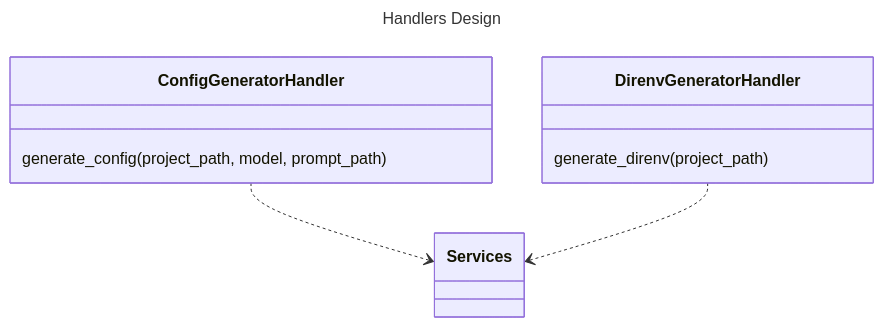
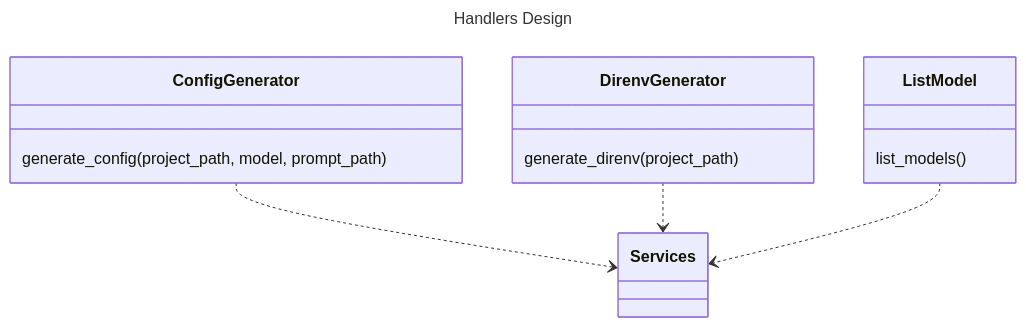
The diagram in docs/assets/src/handlers_design.mmd (Oldranda1414/AutoDev), drawn with Mermaid before and after one commit. The commit also changed 1 other file, not shown here.

```diff
--- a/docs/assets/src/handlers_design.mmd
+++ b/docs/assets/src/handlers_design.mmd
@@ -1,14 +1,19 @@
 ---
 title: Handlers Design
 ---
 classDiagram
-    class ConfigGeneratorHandler {
+    class ConfigGenerator {
         generate_config(project_path, model, prompt_path)
     }
 
-    class DirenvGeneratorHandler {
+    class DirenvGenerator {
         generate_direnv(project_path)
     }
 
-    ConfigGeneratorHandler  ..> Services
-    DirenvGeneratorHandler  ..> Services
+    class ListModel {
+        list_models()
+    }
+
+    ConfigGenerator ..> Services
+    DirenvGenerator ..> Services
+    ListModel ..> Services
```
